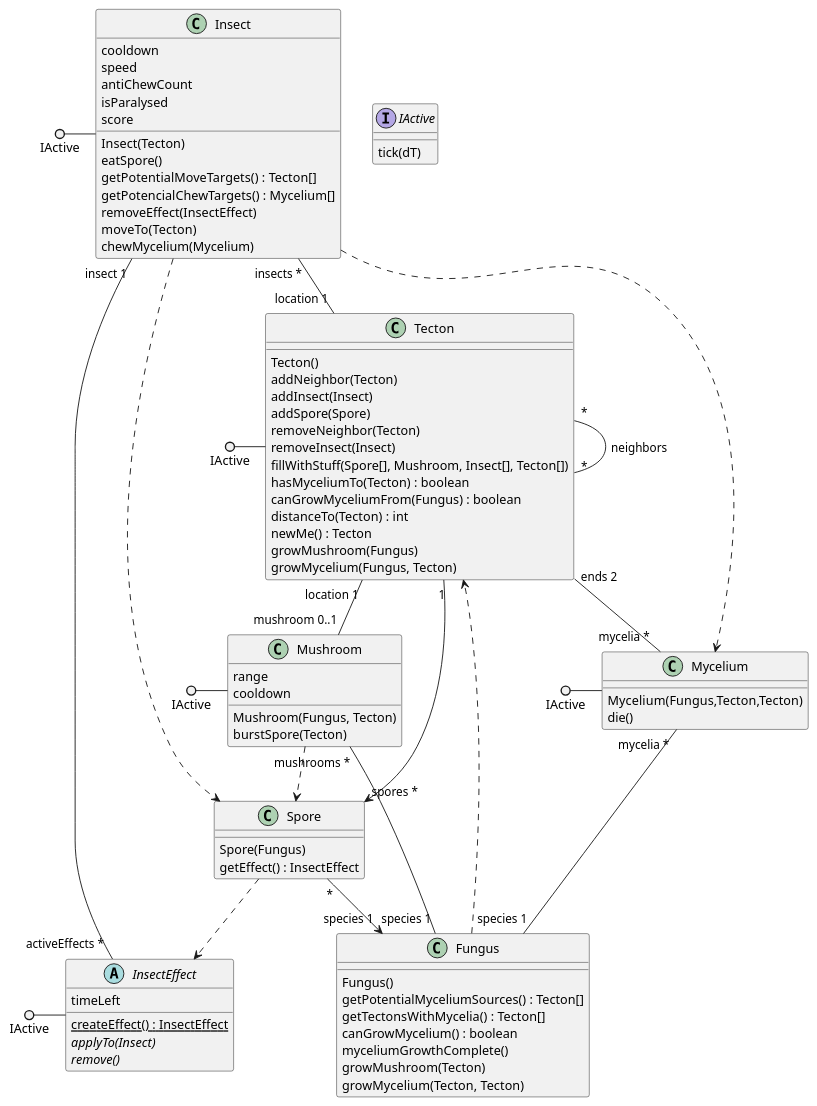
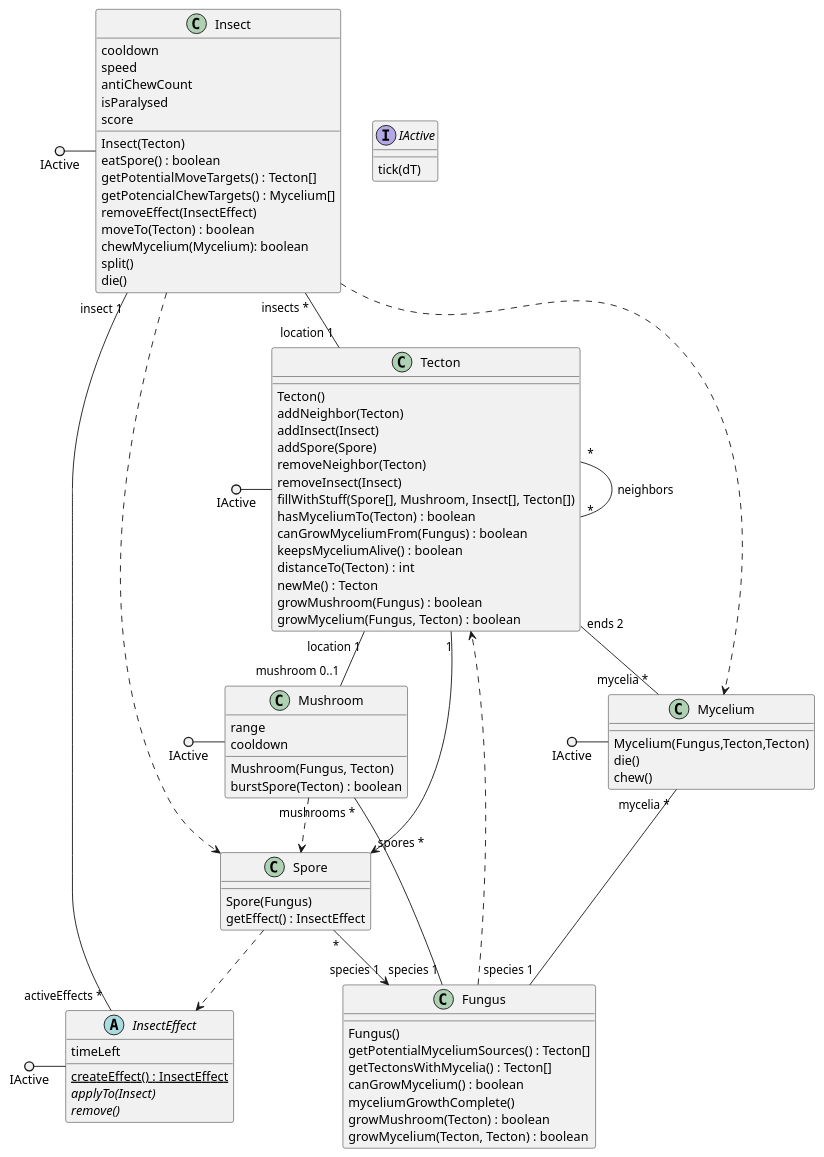
The diagram in SeqAndClassDiagrams/classes.puml (ZD4ve/projlab-error521), drawn with PlantUML before and after one commit. The commit also changed 18 other files, not shown here.

Commit message:
Fentről érkező áldás diagramba foglalása (emellett: konstruktorok konzisztenciájának növelése. felhasználó által hívott fügvények visszatérnek a sikerességükről)

```diff
--- a/SeqAndClassDiagrams/classes.puml
+++ b/SeqAndClassDiagrams/classes.puml
@@ -1,87 +1,91 @@
 @startuml classes
 interface IActive {
     tick(dT)
 }
 class Tecton {
     Tecton()
     addNeighbor(Tecton)
     addInsect(Insect)
     addSpore(Spore)
     removeNeighbor(Tecton)
     removeInsect(Insect)
     fillWithStuff(Spore[], Mushroom, Insect[], Tecton[])
     hasMyceliumTo(Tecton) : boolean
     canGrowMyceliumFrom(Fungus) : boolean
+    keepsMyceliumAlive() : boolean
     distanceTo(Tecton) : int
     newMe() : Tecton
-    growMushroom(Fungus)
-    growMycelium(Fungus, Tecton)
+    growMushroom(Fungus) : boolean
+    growMycelium(Fungus, Tecton) : boolean
 }
 class Fungus {
     Fungus()
     getPotentialMyceliumSources() : Tecton[]
     getTectonsWithMycelia() : Tecton[]
     canGrowMycelium() : boolean
     myceliumGrowthComplete()
-    growMushroom(Tecton)
-    growMycelium(Tecton, Tecton)
+    growMushroom(Tecton) : boolean
+    growMycelium(Tecton, Tecton) : boolean
 }
 class Mycelium {
     Mycelium(Fungus,Tecton,Tecton)
     die()
+    chew()
 }
 class Mushroom {
     range
     cooldown
     Mushroom(Fungus, Tecton)
-    burstSpore(Tecton)
+    burstSpore(Tecton) : boolean
 }
 class Spore {
     Spore(Fungus)
     getEffect() : InsectEffect
 }
 class Insect {
     cooldown
     speed
     antiChewCount
     isParalysed
     score
     Insect(Tecton)
-    eatSpore()
+    eatSpore() : boolean
     getPotentialMoveTargets() : Tecton[]
     getPotencialChewTargets() : Mycelium[]
     removeEffect(InsectEffect)
-    moveTo(Tecton)
-    chewMycelium(Mycelium)
+    moveTo(Tecton) : boolean
+    chewMycelium(Mycelium): boolean
+    split()
+    die()
 }
 abstract InsectEffect {
     timeLeft
     {static} createEffect() : InsectEffect
     {abstract} applyTo(Insect)
     {abstract} remove()
 }
 
 IActive ()- Tecton
 IActive ()- Mushroom
 IActive ()- Mycelium
 IActive ()- Insect
 IActive ()- InsectEffect
 
 Tecton "*" -- "*" Tecton : neighbors
 Tecton "ends 2" -- "mycelia *" Mycelium
 Tecton "1" --> "spores *" Spore
 Tecton "location 1" -- "mushroom 0..1" Mushroom
 
 Mycelium "mycelia *" -- "species 1" Fungus
 Insect "insect 1" -- "activeEffects *" InsectEffect
 Insect "insects *" -- "location 1" Tecton
 Fungus "species 1" -- "mushrooms *" Mushroom
 Spore "*" --> "species 1" Fungus
 
 Fungus ..> Tecton
 Spore ..> InsectEffect
 Insect ..> Mycelium
 Insect ..> Spore
 Mushroom ..> Spore
 
 @enduml
```
